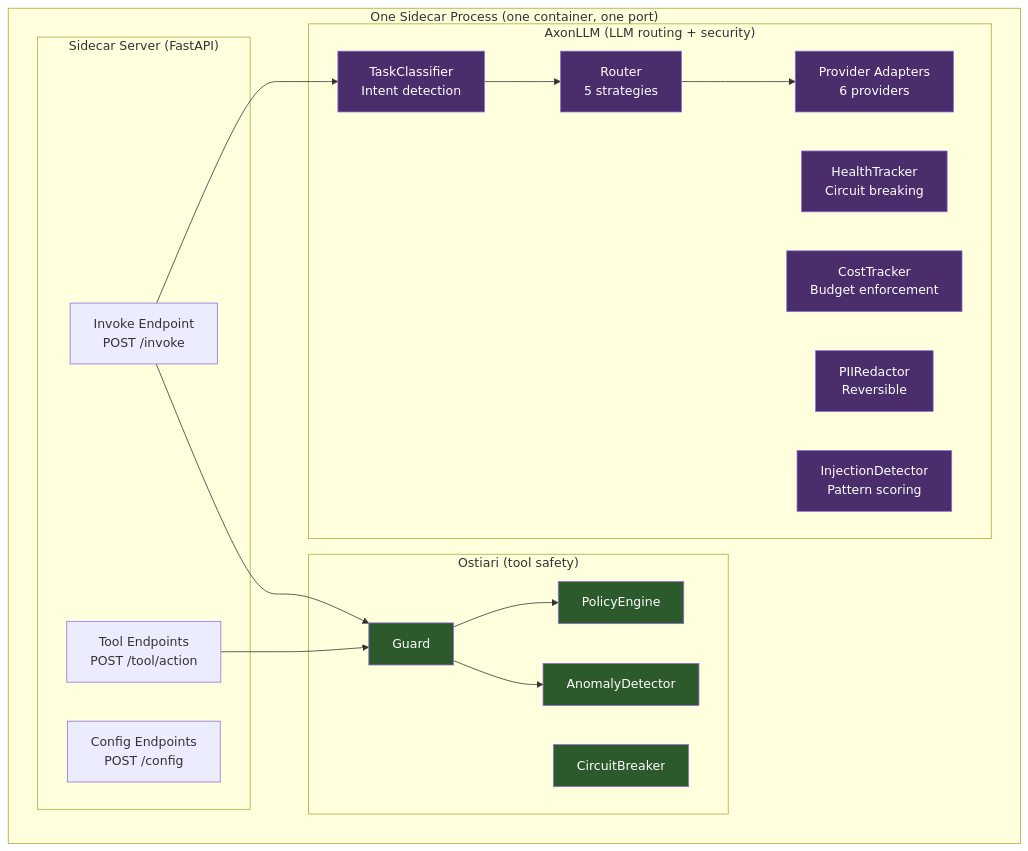
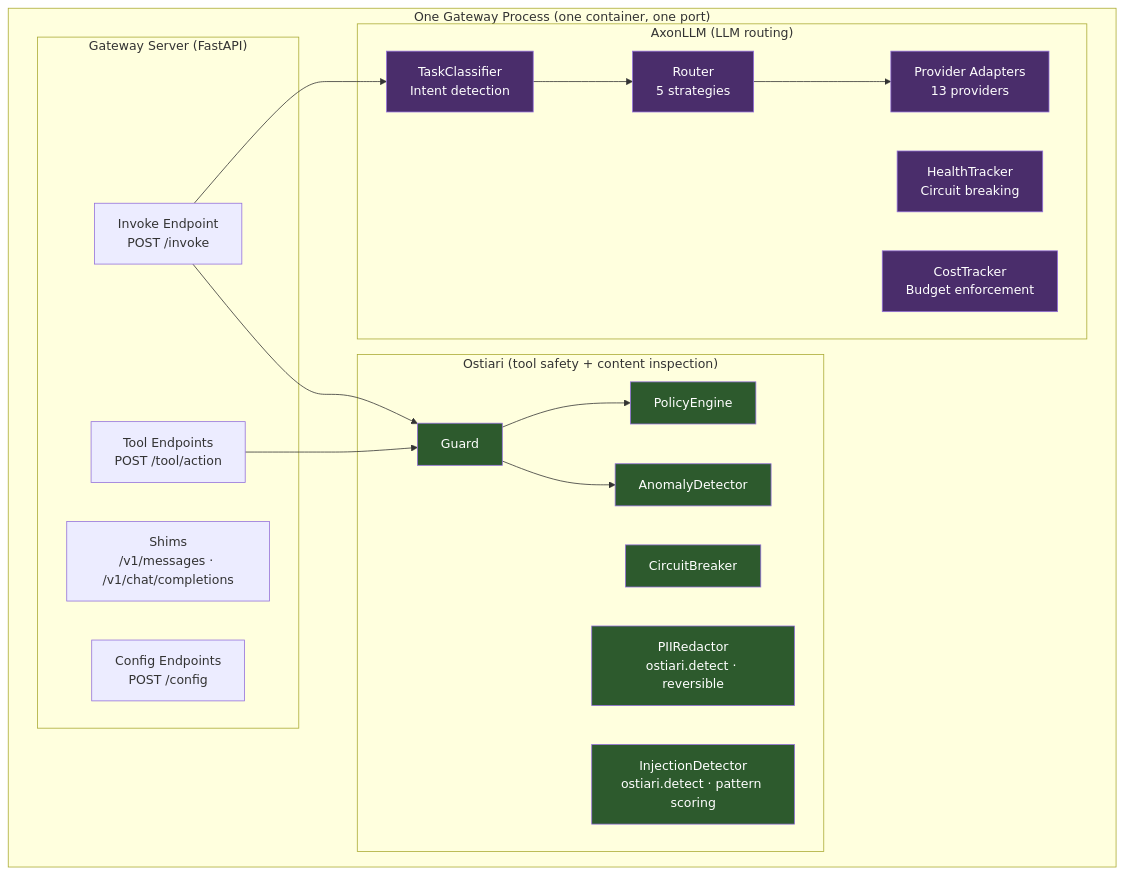
Before and after one commit to hk-775/ostiari: diagram 16 of 41 in docs/gateway-architecture.md, drawn with Mermaid. The commit also changed other lines of this file and 21 other files, not shown here.

````diff
--- a/docs/gateway-architecture.md
+++ b/docs/gateway-architecture.md
@@ -1283,47 +1695,48 @@
 ```mermaid
 graph TB
-    subgraph "One Sidecar Process (one container, one port)"
-        subgraph "Ostiari (tool safety)"
+    subgraph "One Gateway Process (one container, one port)"
+        subgraph "Ostiari (tool safety + content inspection)"
             G[Guard]
             P[PolicyEngine]
             A[AnomalyDetector]
             CB[CircuitBreaker]
+            PII[PIIRedactor<br/>ostiari.detect · reversible]
+            ID[InjectionDetector<br/>ostiari.detect · pattern scoring]
         end
 
-        subgraph "AxonLLM (LLM routing + security)"
+        subgraph "AxonLLM (LLM routing)"
             R[Router<br/>5 strategies]
             TC[TaskClassifier<br/>Intent detection]
-            PR[Provider Adapters<br/>6 providers]
+            PR[Provider Adapters<br/>13 providers]
             HT[HealthTracker<br/>Circuit breaking]
             CT[CostTracker<br/>Budget enforcement]
-            PII[PIIRedactor<br/>Reversible]
-            ID[InjectionDetector<br/>Pattern scoring]
         end
 
-        subgraph "Sidecar Server (FastAPI)"
+        subgraph "Gateway Server (FastAPI)"
             TE[Tool Endpoints<br/>POST /tool/action]
             IE[Invoke Endpoint<br/>POST /invoke]
+            SH[Shims<br/>/v1/messages · /v1/chat/completions]
             CE[Config Endpoints<br/>POST /config]
         end
     end
 
     IE --> TC
     TC --> R
     R --> PR
     IE --> G
     TE --> G
     G --> P
     G --> A
 
     style G fill:#2d5a2d,color:white
     style P fill:#2d5a2d,color:white
     style A fill:#2d5a2d,color:white
     style CB fill:#2d5a2d,color:white
+    style PII fill:#2d5a2d,color:white
+    style ID fill:#2d5a2d,color:white
     style R fill:#4a2d6b,color:white
     style TC fill:#4a2d6b,color:white
     style PR fill:#4a2d6b,color:white
     style HT fill:#4a2d6b,color:white
     style CT fill:#4a2d6b,color:white
-    style PII fill:#4a2d6b,color:white
-    style ID fill:#4a2d6b,color:white
 ```
````
